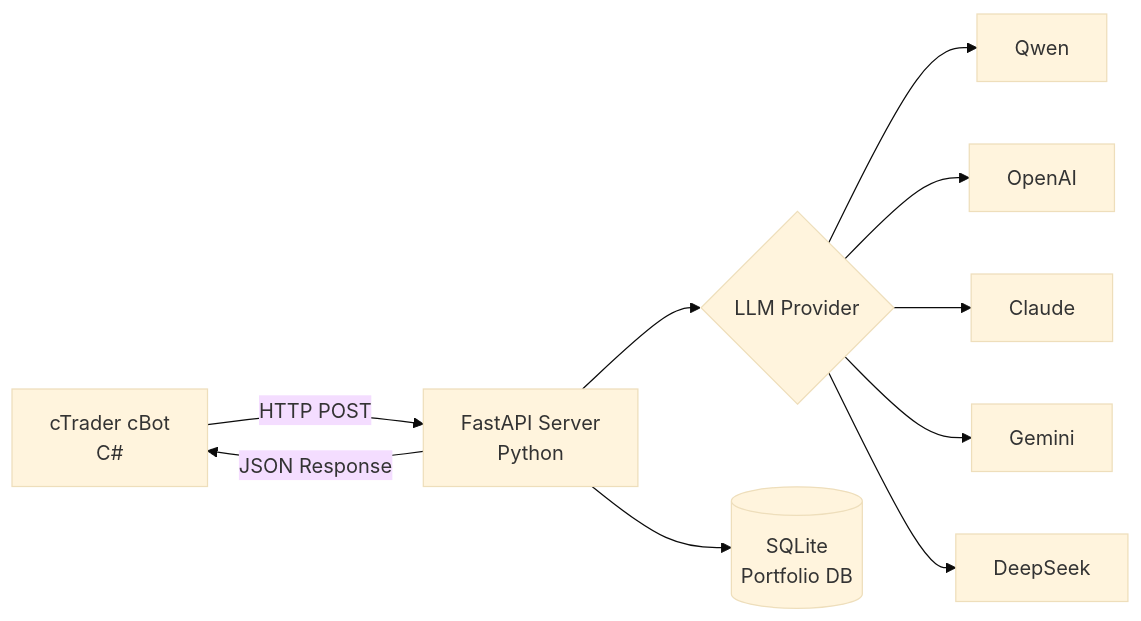
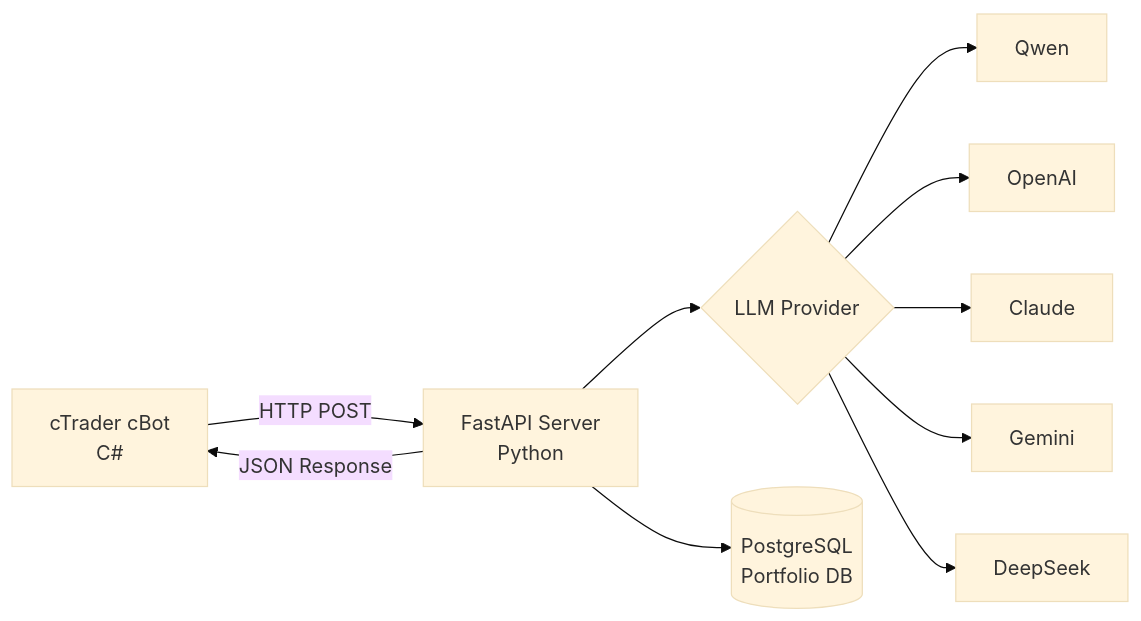
The diagram in README.ja.md (kienphan/AgentFxTrading), drawn with Mermaid (base theme) before and after one commit. The commit also changed other lines of this file and 7 other files, not shown here.

Commit message:
docs: update architecture documentation to PostgreSQL and automated backup across all languages

````diff
--- a/README.ja.md
+++ b/README.ja.md
@@ -99,12 +99,12 @@
 ```mermaid
 graph LR
     A[cTrader cBot<br/>C#] -->|HTTP POST| B[FastAPI Server<br/>Python]
     B -->|JSON Response| A
     B --> C{LLM Provider}
     C --> D[Qwen]
     C --> E[OpenAI]
     C --> F[Claude]
     C --> G[Gemini]
     C --> H[DeepSeek]
-    B --> I[(SQLite<br/>Portfolio DB)]
+    B --> I[(PostgreSQL<br/>Portfolio DB)]
 ```
````
